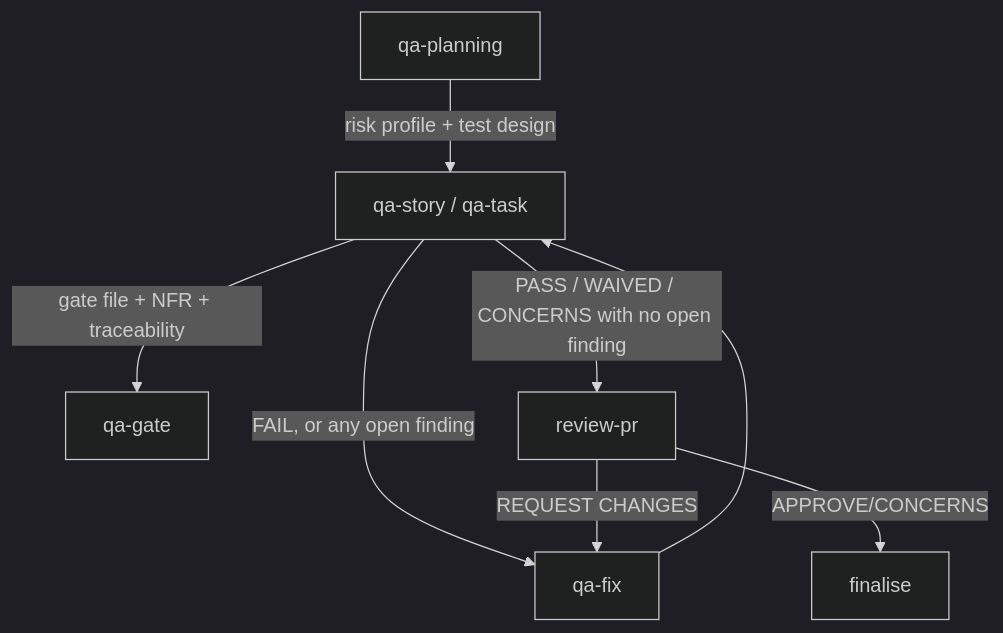
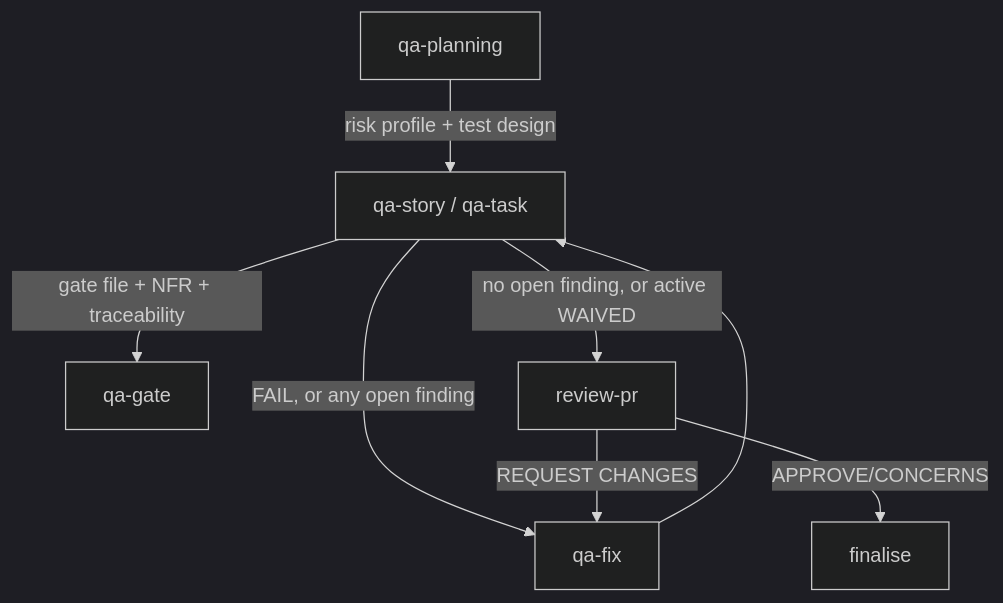
Before and after one commit to Gamaroff/agent-skills: the diagram in docs/runbooks/qa-flow.md, drawn with Mermaid (dark theme). The commit also changed other lines of this file and 38 other files, not shown here.

````diff
--- a/docs/runbooks/qa-flow.md
+++ b/docs/runbooks/qa-flow.md
@@ -17,10 +17,10 @@
 ```mermaid
 flowchart TD
     A[qa-planning] -->|risk profile + test design| B[qa-story / qa-task]
     B -->|gate file + NFR + traceability| C[qa-gate]
     B -->|FAIL, or any open finding| D[qa-fix]
     D --> B
-    B -->|PASS / WAIVED / CONCERNS with no open finding| E[review-pr]
+    B -->|no open finding, or active WAIVED| E[review-pr]
     E -->|REQUEST CHANGES| D
     E -->|APPROVE/CONCERNS| F[finalise]
 ```
````
